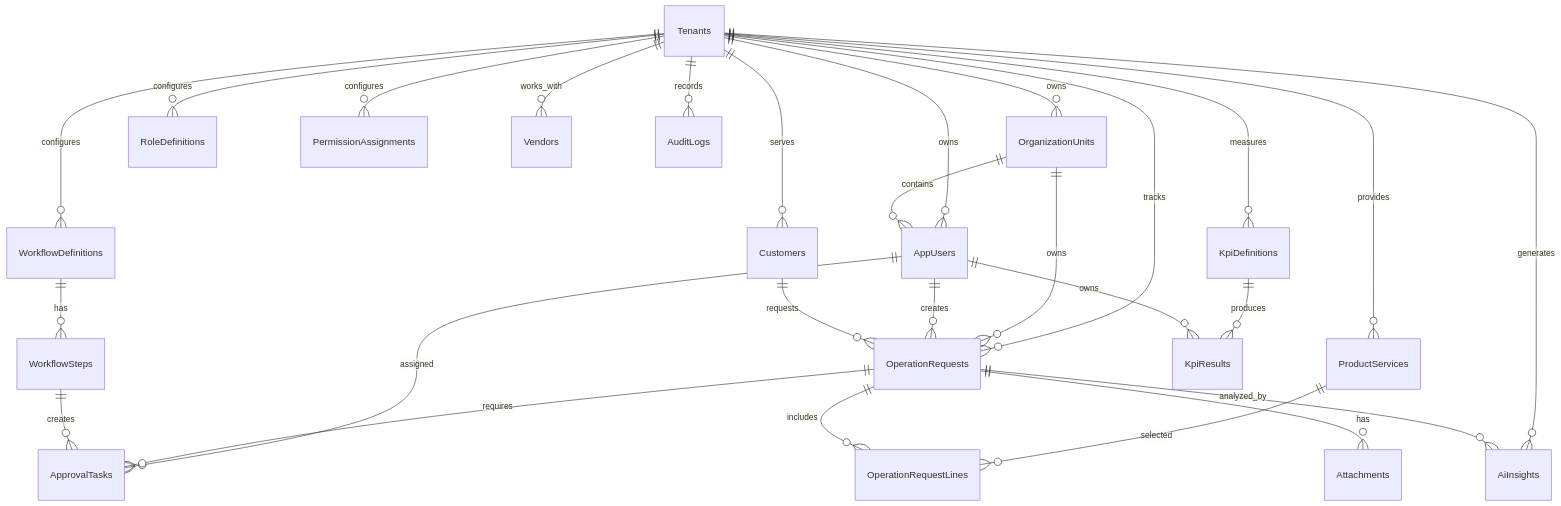
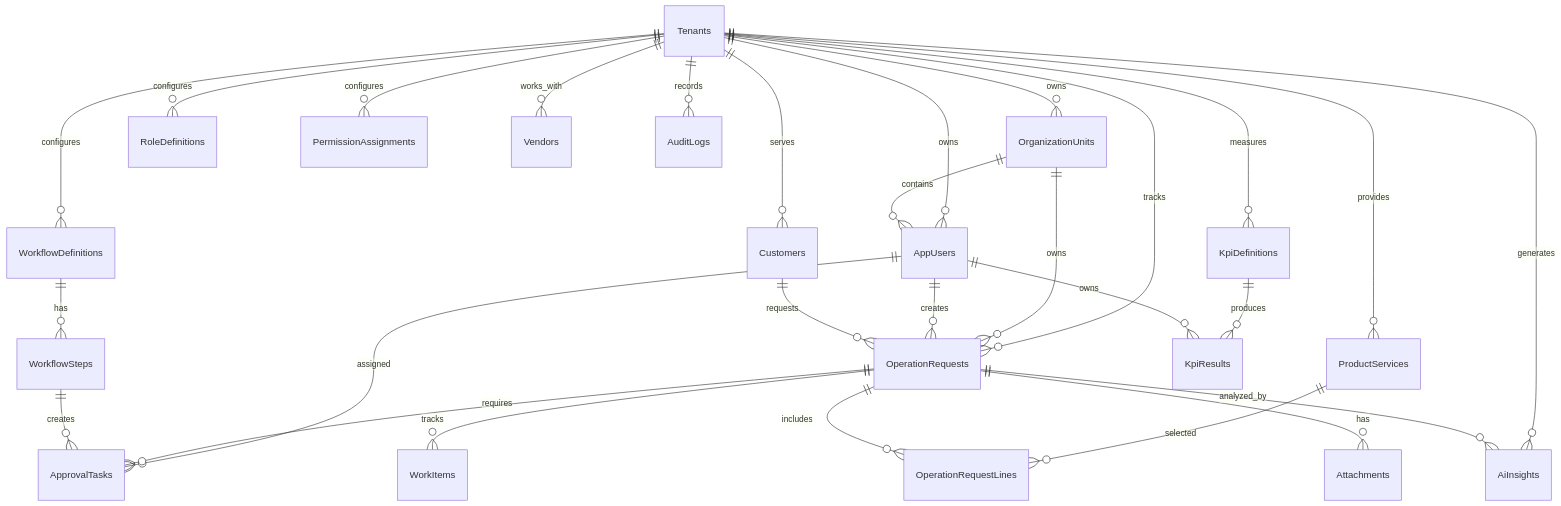
The sixth of 7 diagrams in docs/06-Database-Design.md (quanptatb/OmniBizAI), drawn with Mermaid before and after one commit. The commit also changed other lines of this file and 15 other files, not shown here.

````diff
--- a/docs/06-Database-Design.md
+++ b/docs/06-Database-Design.md
@@ -263,30 +263,31 @@
 ```mermaid
 erDiagram
     Tenants ||--o{ OrganizationUnits : owns
     Tenants ||--o{ AppUsers : owns
     Tenants ||--o{ RoleDefinitions : configures
     Tenants ||--o{ PermissionAssignments : configures
     Tenants ||--o{ Customers : serves
     Tenants ||--o{ Vendors : works_with
     Tenants ||--o{ ProductServices : provides
     Tenants ||--o{ OperationRequests : tracks
     Tenants ||--o{ WorkflowDefinitions : configures
     Tenants ||--o{ KpiDefinitions : measures
     Tenants ||--o{ AiInsights : generates
     Tenants ||--o{ AuditLogs : records
 
     OrganizationUnits ||--o{ AppUsers : contains
     OrganizationUnits ||--o{ OperationRequests : owns
     AppUsers ||--o{ OperationRequests : creates
     AppUsers ||--o{ ApprovalTasks : assigned
     Customers ||--o{ OperationRequests : requests
     ProductServices ||--o{ OperationRequestLines : selected
     OperationRequests ||--o{ OperationRequestLines : includes
     OperationRequests ||--o{ ApprovalTasks : requires
+    OperationRequests ||--o{ WorkItems : tracks
     OperationRequests ||--o{ Attachments : has
     OperationRequests ||--o{ AiInsights : analyzed_by
     WorkflowDefinitions ||--o{ WorkflowSteps : has
     WorkflowSteps ||--o{ ApprovalTasks : creates
     KpiDefinitions ||--o{ KpiResults : produces
     AppUsers ||--o{ KpiResults : owns
 ```
````
